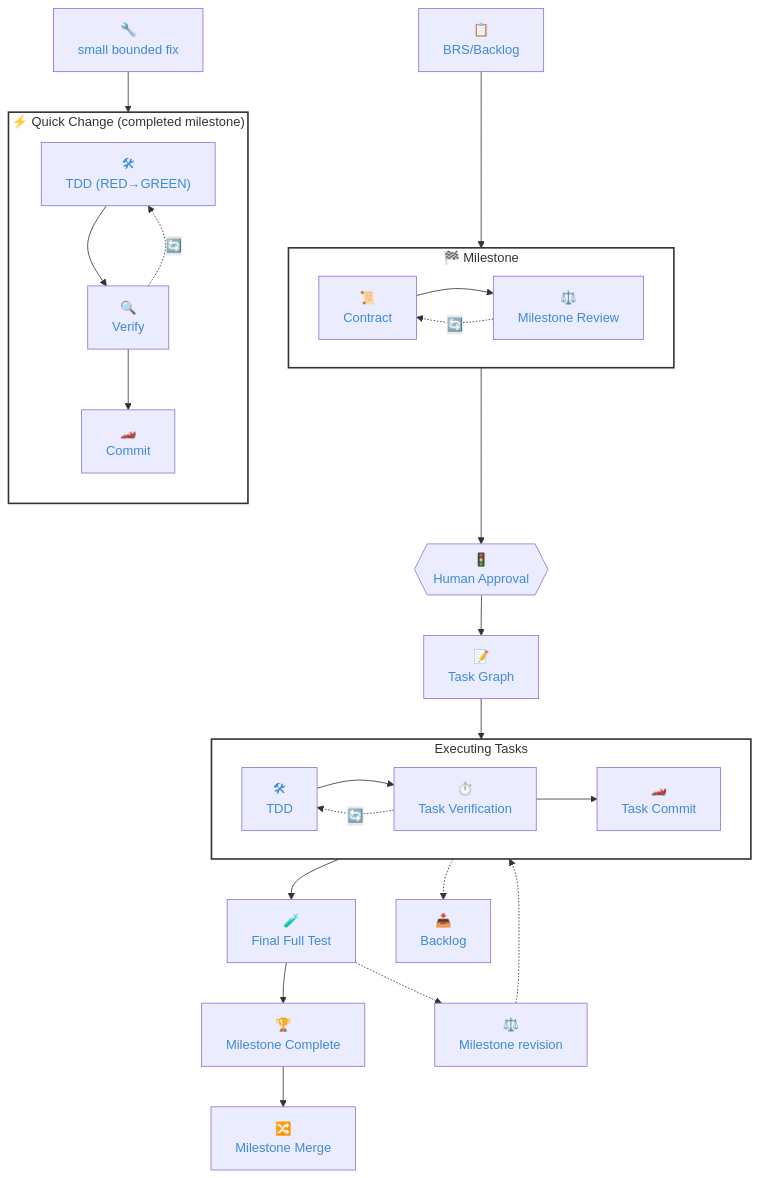
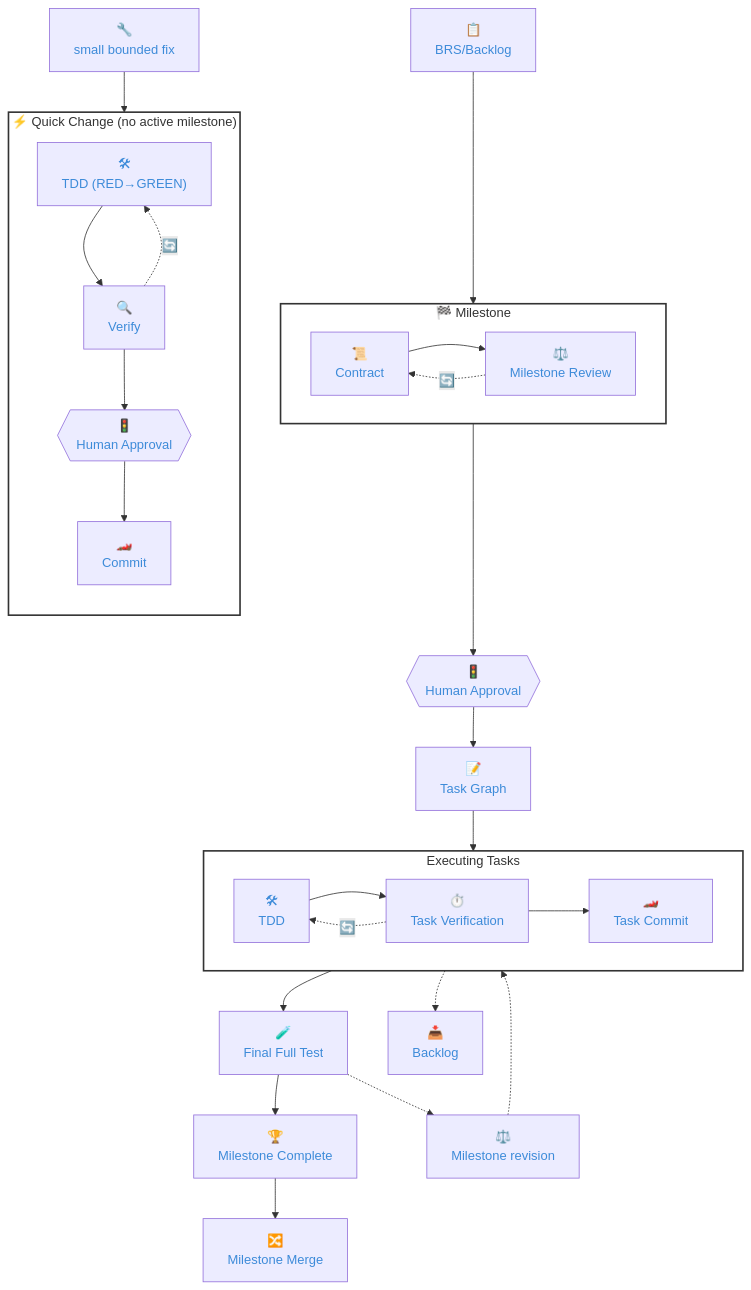
The diagram in docs/assets/workflow.mmd (thixpin/pitway), drawn with Mermaid before and after one commit. The commit also changed 5 other files, not shown here.

First line of the commit message:
fix: sync workflow diagram and README with quick-change protocol

```diff
--- a/docs/assets/workflow.mmd
+++ b/docs/assets/workflow.mmd
@@ -1,50 +1,51 @@
 flowchart TD
 
     A["📋<br/>BRS/Backlog"]
 
     subgraph PLAN["🏁 Milestone"]
         direction LR
         C["📜<br/>Contract"]
         C --> R["⚖️<br/>Milestone Review"]
         R -. 🔄 .-> C
     end
 
     B["🔧<br/>small bounded fix"]
-    subgraph QUICK["⚡ Quick Change (completed milestone)"]
+    subgraph QUICK["⚡ Quick Change (no active milestone)"]
         direction TD
         TTD["🛠<br/>TDD (RED→GREEN)"]
         TTD --> QC2["🔍<br/>Verify"]
-        QC2 --> QC3["🏎️<br/>Commit"]
+        QC2 --> QCA{{"🚦<br/>Human Approval"}}
+        QCA --> QC3["🏎️<br/>Commit"]
         QC2 -. 🔄 .-> TTD
     end
     B --> QUICK
 
     A --> PLAN
     PLAN --> D{{"🚦<br/>Human Approval"}}
     D --> E["📝<br/>Task Graph"]
 
     subgraph EXECUTE["Executing Tasks"]
         direction LR
         F["🛠<br/>TDD"]
         F --> G["⏱️<br/>Task Verification"]
         G --> H["🏎️<br/>Task Commit"]
     end
 
     E --> EXECUTE
     EXECUTE --> I["🧪<br/>Final Full Test"]
     I --> J["🏆<br/>Milestone Complete"]
     J --> K["🔀<br/>Milestone Merge"]
 
     I -.-> MR["⚖️<br/>Milestone revision"]
     MR -.-> EXECUTE
     
     G -. 🔄 .-> F
 
     EXECUTE .-> BL["📥<br/>Backlog"]
 
     style PLAN fill:none,stroke:#333,stroke-width:2px
     style QUICK fill:none,stroke:#333,stroke-width:2px
     style EXECUTE fill:none,stroke:#333,stroke-width:2px
 
     classDef dualReadable color:#3D8BD9
-    class A,C,R,B,TTD,QC2,QC3,D,E,F,G,H,I,J,K,MR,BL dualReadable
+    class A,C,R,B,TTD,QC2,QCA,QC3,D,E,F,G,H,I,J,K,MR,BL dualReadable
```
